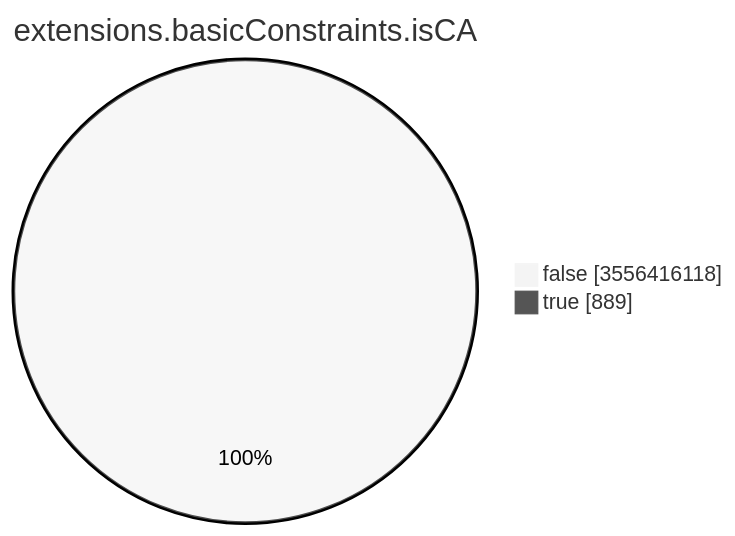
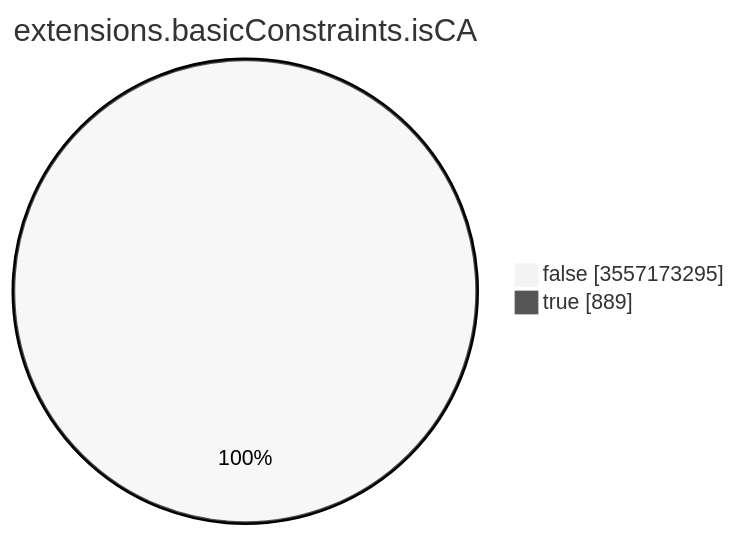
Before and after one commit to christiankrug/ctmonitor_visualization: the seventh of 15 diagrams in TOTAL/README.md, drawn with Mermaid (neutral theme). The commit also changed other lines of this file, not shown here.

````diff
--- a/TOTAL/README.md
+++ b/TOTAL/README.md
@@ -3094,6 +3094,6 @@
 ```mermaid
 pie showData
 title extensions.basicConstraints.isCA
-"false" :3556416118
+"false" :3557173295
 "true" :889
 ```
````
